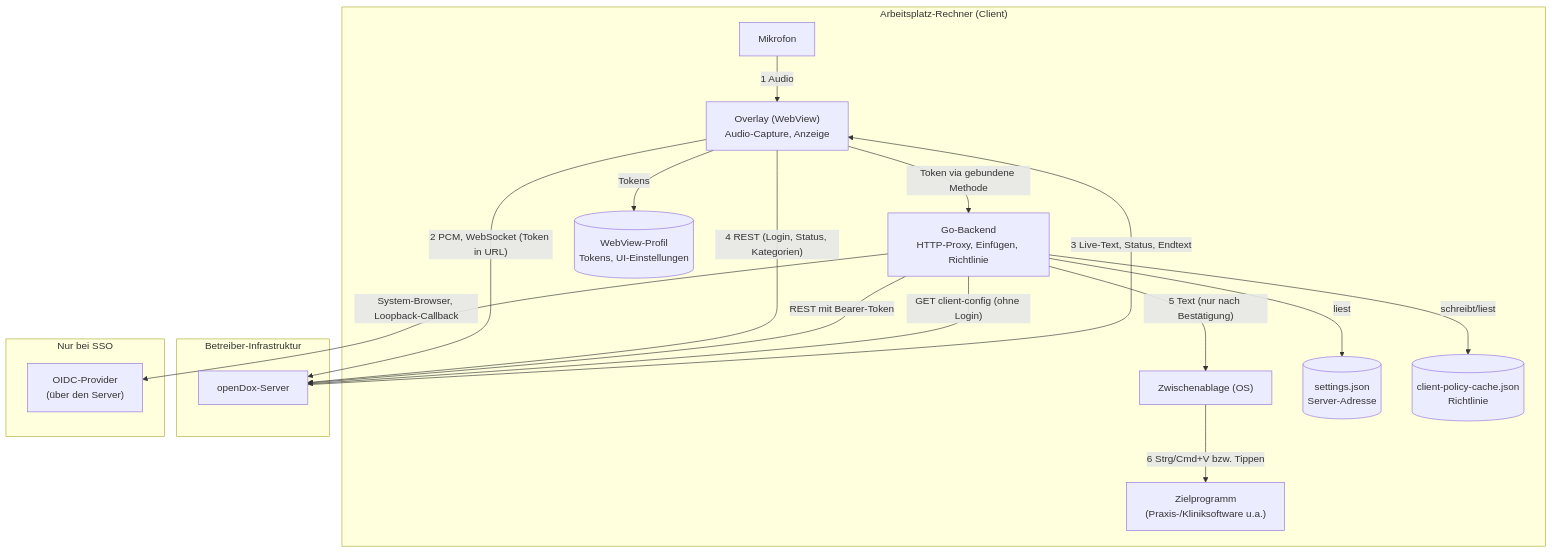
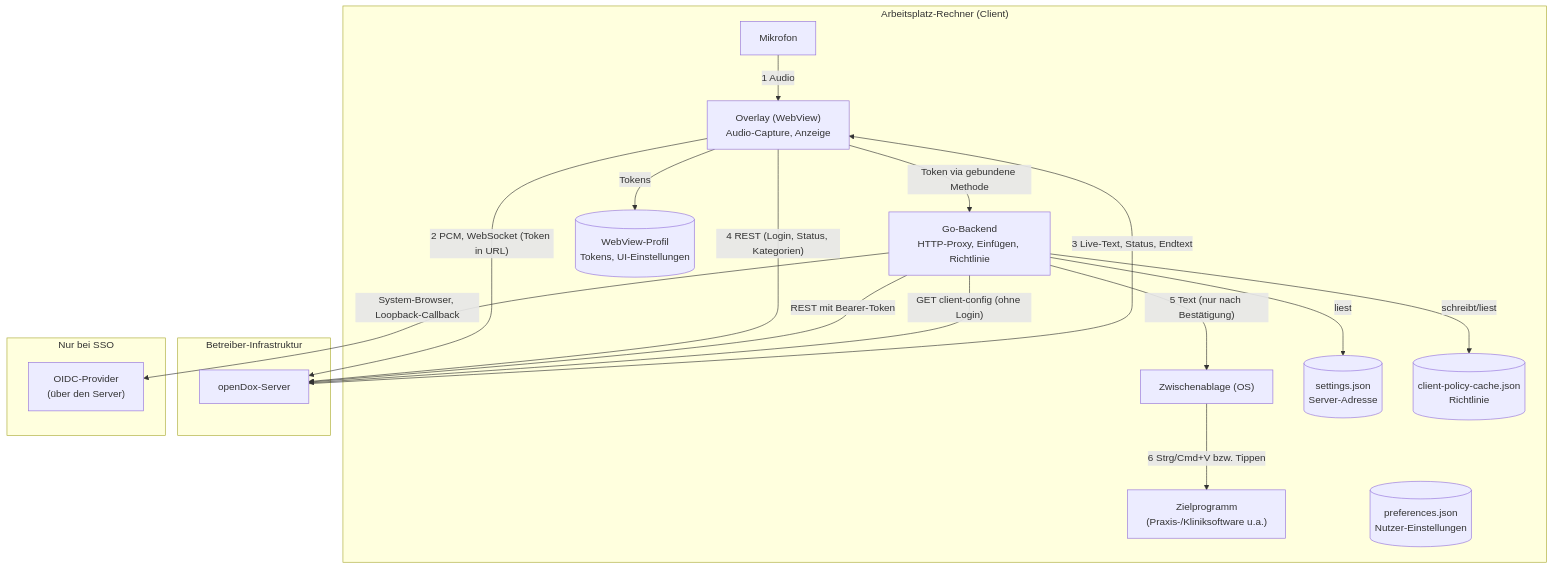
One commit to s2a-open-technologies/openDox-client changed the diagram in docs/data-mapping.md. Above: the diagram before and after it, drawn with Mermaid. The commit also changed other lines of this file and 29 other files, not shown here.

````diff
--- a/docs/data-mapping.md
+++ b/docs/data-mapping.md
@@ -18,32 +18,33 @@
 ```mermaid
 flowchart TB
  subgraph PC["Arbeitsplatz-Rechner (Client)"]
         Mic["Mikrofon"]
         UI["Overlay (WebView)<br>Audio-Capture, Anzeige"]
         Go["Go-Backend<br>HTTP-Proxy, Einfügen, Richtlinie"]
         Clip["Zwischenablage (OS)"]
         Target["Zielprogramm<br>(Praxis-/Kliniksoftware u.a.)"]
         Prof[("WebView-Profil<br>Tokens, UI-Einstellungen")]
         Cfg[("settings.json<br>Server-Adresse")]
         Cache[("client-policy-cache.json<br>Richtlinie")]
+        Prefs[("preferences.json<br>Nutzer-Einstellungen")]
   end
  subgraph Srv["Betreiber-Infrastruktur"]
         Server["openDox-Server"]
   end
  subgraph IdP["Nur bei SSO"]
         OIDC["OIDC-Provider<br>(über den Server)"]
   end
     Mic -- 1 Audio --> UI
     UI -- "2 PCM, WebSocket (Token in URL)" --> Server
     Server -- "3 Live-Text, Status, Endtext" --> UI
     UI -- "4 REST (Login, Status, Kategorien)" --> Server
     UI -- "Token via gebundene Methode" --> Go
     Go -- "REST mit Bearer-Token" --> Server
     Go -- "GET client-config (ohne Login)" --> Server
     Go -- "5 Text (nur nach Bestätigung)" --> Clip
     Clip -- "6 Strg/Cmd+V bzw. Tippen" --> Target
     UI -- Tokens --> Prof
     Go -- liest --> Cfg
     Go -- schreibt/liest --> Cache
     Go -- "System-Browser, Loopback-Callback" --> OIDC
 ```
````
